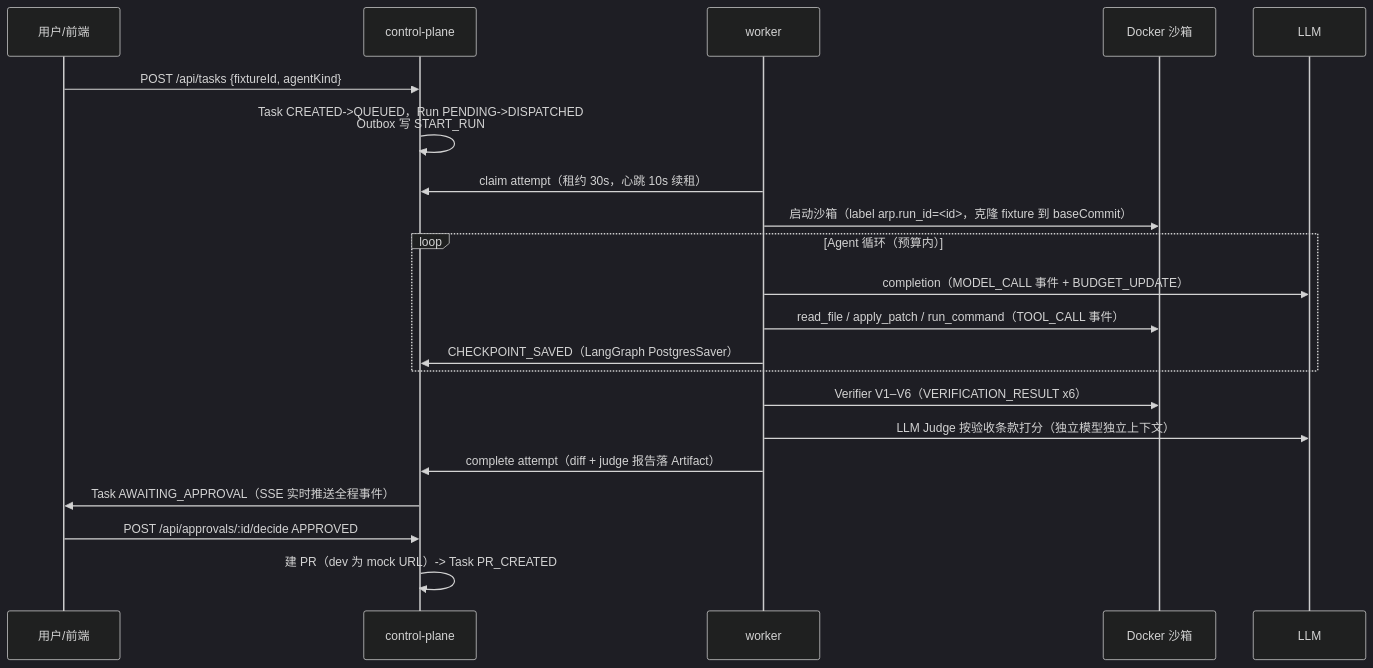
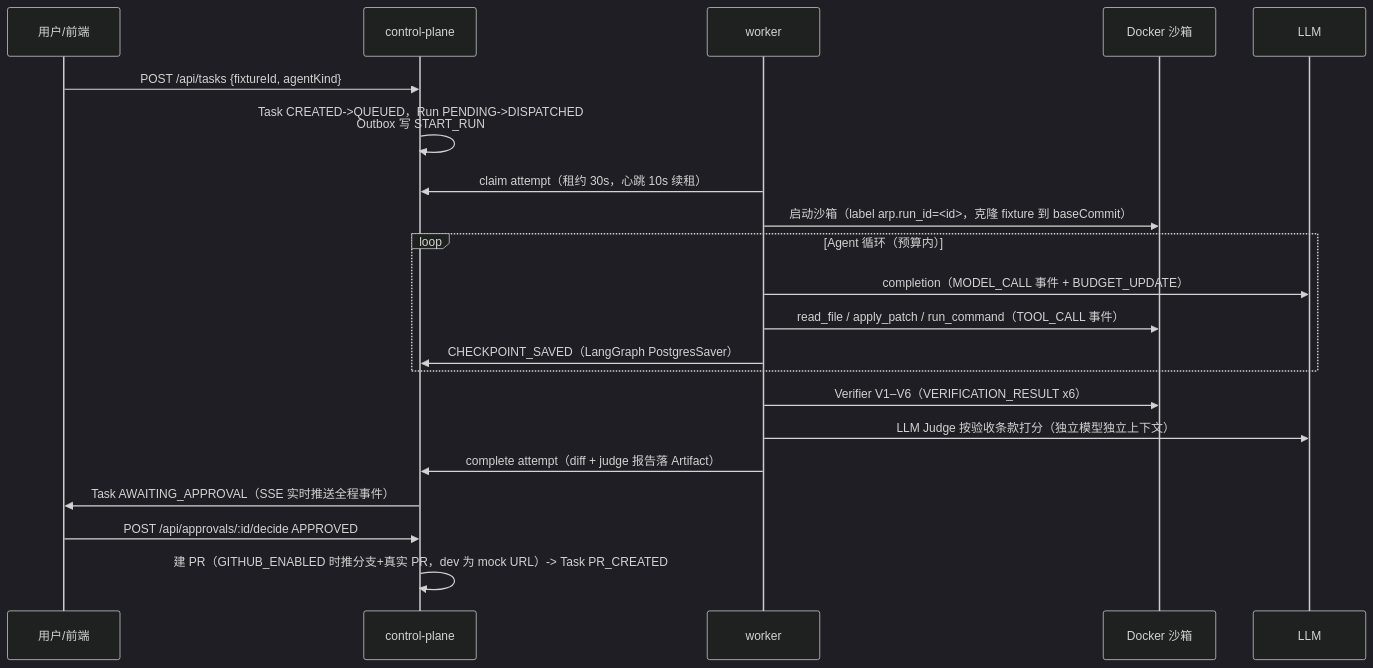
One commit to Endorphin20/agent-reliability-platform changed the second of 3 diagrams in docs/architecture.md. Above: the diagram before and after it, drawn with Mermaid (dark theme). The commit also changed other lines of this file and 19 other files, not shown here.

````diff
--- a/docs/architecture.md
+++ b/docs/architecture.md
@@ -61,24 +61,24 @@
 ```mermaid
 sequenceDiagram
     participant U as 用户/前端
     participant CP as control-plane
     participant W as worker
     participant SB as Docker 沙箱
     participant L as LLM
 
     U->>CP: POST /api/tasks {fixtureId, agentKind}
     CP->>CP: Task CREATED->QUEUED，Run PENDING->DISPATCHED<br/>Outbox 写 START_RUN
     W->>CP: claim attempt（租约 30s，心跳 10s 续租）
     W->>SB: 启动沙箱（label arp.run_id=<id>，克隆 fixture 到 baseCommit）
     loop Agent 循环（预算内）
         W->>L: completion（MODEL_CALL 事件 + BUDGET_UPDATE）
         W->>SB: read_file / apply_patch / run_command（TOOL_CALL 事件）
         W->>CP: CHECKPOINT_SAVED（LangGraph PostgresSaver）
     end
     W->>SB: Verifier V1–V6（VERIFICATION_RESULT x6）
     W->>L: LLM Judge 按验收条款打分（独立模型独立上下文）
     W->>CP: complete attempt（diff + judge 报告落 Artifact）
     CP->>U: Task AWAITING_APPROVAL（SSE 实时推送全程事件）
     U->>CP: POST /api/approvals/:id/decide APPROVED
-    CP->>CP: 建 PR（dev 为 mock URL）-> Task PR_CREATED
+    CP->>CP: 建 PR（GITHUB_ENABLED 时推分支+真实 PR，dev 为 mock URL）-> Task PR_CREATED
 ```
````
